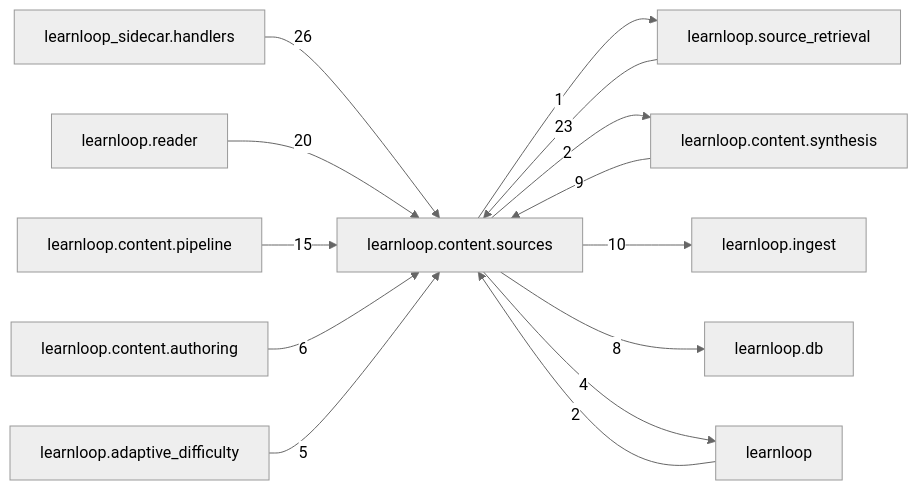
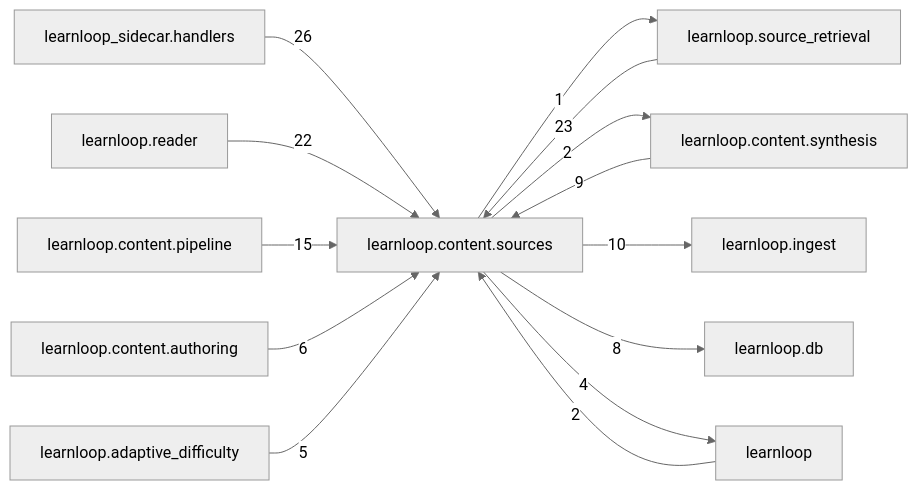
One commit to 6up-b/learnanything changed the diagram in docs/learnloop-architecture-vault/Reference/Modules/learnloop/content/sources/_package.md. Above: the diagram before and after it, drawn with Mermaid (neutral theme). The commit also changed other lines of this file and 122 other files, not shown here.

````diff
--- a/docs/learnloop-architecture-vault/Reference/Modules/learnloop/content/sources/_package.md
+++ b/docs/learnloop-architecture-vault/Reference/Modules/learnloop/content/sources/_package.md
@@ -124,27 +124,27 @@
 ```mermaid
 flowchart LR
     center["learnloop.content.sources"]
     n_learnloop_sidecar_handlers["learnloop_sidecar.handlers"]
     n_learnloop_source_retrieval["learnloop.source_retrieval"]
     n_learnloop_reader["learnloop.reader"]
     n_learnloop_content_pipeline["learnloop.content.pipeline"]
     n_learnloop_content_synthesis["learnloop.content.synthesis"]
     n_learnloop_ingest["learnloop.ingest"]
     n_learnloop_db["learnloop.db"]
     n_learnloop["learnloop"]
     n_learnloop_content_authoring["learnloop.content.authoring"]
     n_learnloop_adaptive_difficulty["learnloop.adaptive_difficulty"]
     n_learnloop_sidecar_handlers -->|26| center
     n_learnloop_source_retrieval -->|23| center
     center -->|1| n_learnloop_source_retrieval
-    n_learnloop_reader -->|20| center
+    n_learnloop_reader -->|22| center
     n_learnloop_content_pipeline -->|15| center
     n_learnloop_content_synthesis -->|9| center
     center -->|2| n_learnloop_content_synthesis
     center -->|10| n_learnloop_ingest
     center -->|8| n_learnloop_db
     n_learnloop -->|2| center
     center -->|4| n_learnloop
     n_learnloop_content_authoring -->|6| center
     n_learnloop_adaptive_difficulty -->|5| center
 ```
````
